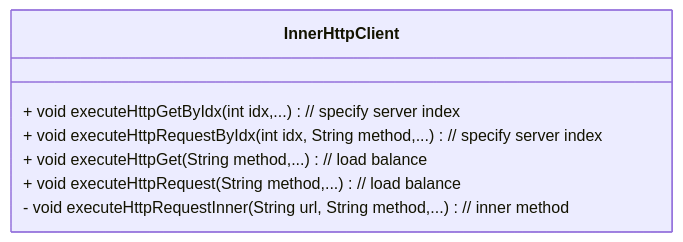
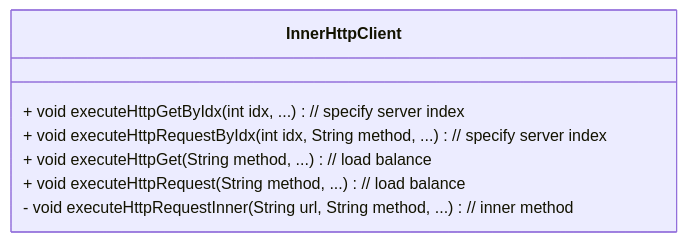
One commit to hezhangjian/hezhangjian.github.io changed the seventh of 8 diagrams in source/_posts/opengemini/opengemini-sdk-design.md. Above: the diagram before and after it, drawn with Mermaid. The commit also changed other lines of this file and 2 other files, not shown here.

````diff
--- a/source/_posts/opengemini/opengemini-sdk-design.md
+++ b/source/_posts/opengemini/opengemini-sdk-design.md
@@ -159,10 +160,10 @@
 ```mermaid
 classDiagram
     class InnerHttpClient {
-        + void executeHttpGetByIdx(int idx,...) // specify server index
-        + void executeHttpRequestByIdx(int idx, String method,...) // specify server index
-        + void executeHttpGet(String method,...) // load balance
-        + void executeHttpRequest(String method,...) // load balance
-        - void executeHttpRequestInner(String url, String method,...) // inner method
+        + void executeHttpGetByIdx(int idx, ...) // specify server index
+        + void executeHttpRequestByIdx(int idx, String method, ...) // specify server index
+        + void executeHttpGet(String method, ...) // load balance
+        + void executeHttpRequest(String method, ...) // load balance
+        - void executeHttpRequestInner(String url, String method, ...) // inner method
     }
 ```
````
